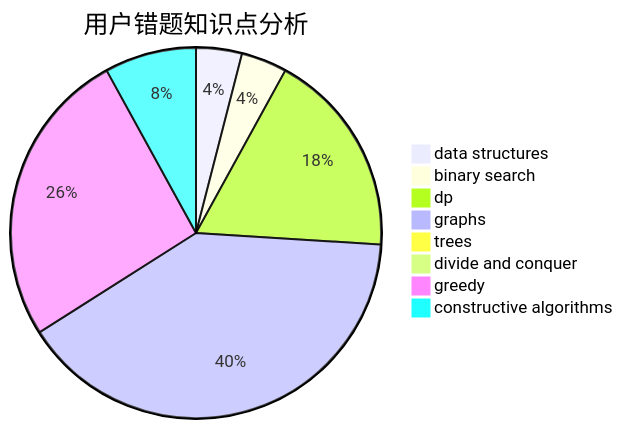
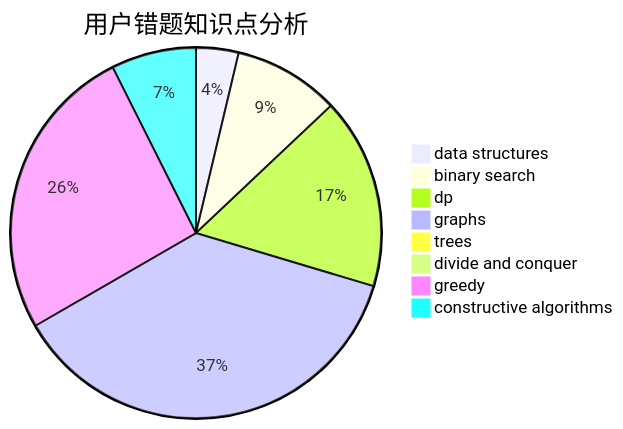
Before and after one commit to sherpahu/cfrs.github.io: the third of 3 diagrams in docs/user/u1206.md, drawn with Mermaid. The commit also changed other lines of this file and 2770 other files, not shown here.

````diff
--- a/docs/user/u1206.md
+++ b/docs/user/u1206.md
@@ -36,11 +36,11 @@
 ```mermaid
 pie title 用户错题知识点分析
     "data structures" :  2
-    "binary search" :  2
+    "binary search" :  5
     "dp" :  9
     "graphs" :  20
     "trees" :  0
     "divide and conquer" :  0
-    "greedy" :  13
+    "greedy" :  14
     "constructive algorithms" :  4
 ```
````
